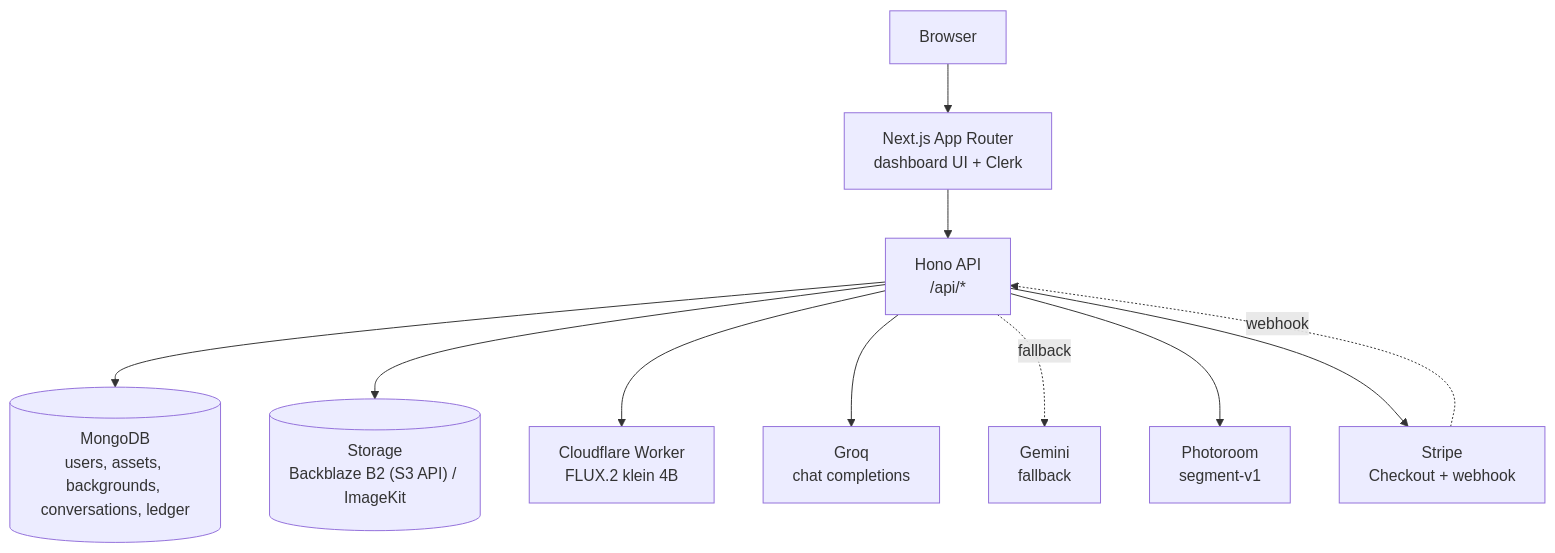
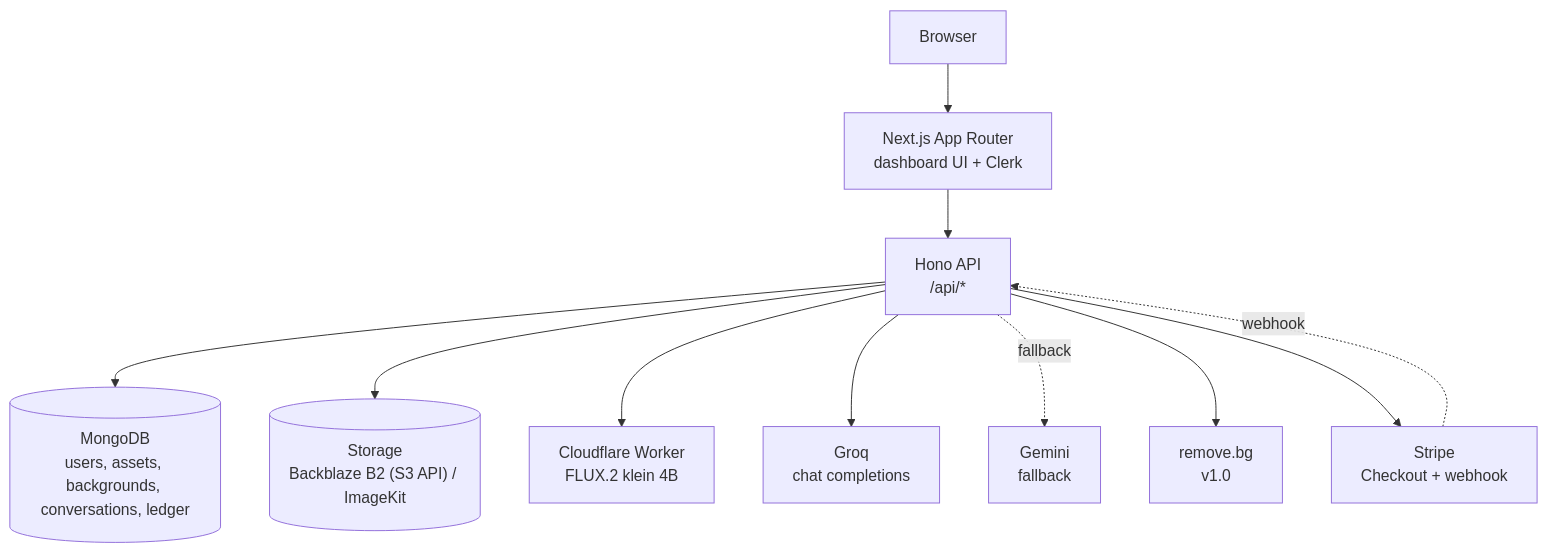
One commit to ni3420/vision changed the diagram in README.md. Above: the diagram before and after it, drawn with Mermaid. The commit also changed other lines of this file and 18 other files, not shown here.

````diff
--- a/README.md
+++ b/README.md
@@ -32,24 +32,24 @@
 ```mermaid
 flowchart TD
     User["Browser"]
     Next["Next.js App Router<br/>dashboard UI + Clerk"]
     API["Hono API<br/>/api/*"]
     DB[("MongoDB<br/>users, assets, backgrounds, conversations, ledger")]
     Store[("Storage<br/>Backblaze B2 (S3 API) / ImageKit")]
     CF["Cloudflare Worker<br/>FLUX.2 klein 4B"]
     Groq["Groq<br/>chat completions"]
     Gemini["Gemini<br/>fallback"]
-    Photoroom["Photoroom<br/>segment-v1"]
+    RemoveBg["remove.bg<br/>v1.0"]
     Stripe["Stripe<br/>Checkout + webhook"]
 
     User --> Next
     Next --> API
     API --> DB
     API --> Store
     API --> CF
     API --> Groq
     API -. fallback .-> Gemini
-    API --> Photoroom
+    API --> RemoveBg
     API --> Stripe
     Stripe -. webhook .-> API
 ```
````
